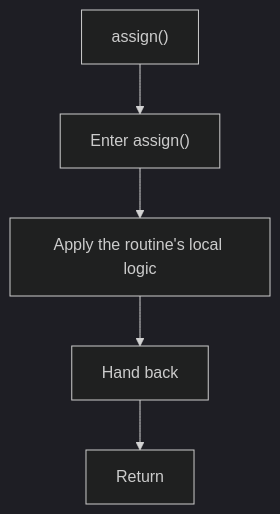
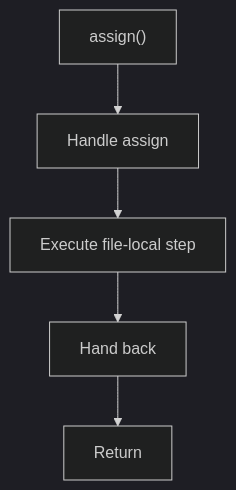
One commit to JohnAndrewBalbarosa/NeoTerritory changed the seventh of 7 diagrams in docs/Codebase/LegacyPatternTransformSamples/legacy_pattern_domain_models_sample.cpp.md. Above: the diagram before and after it, drawn with Mermaid (dark theme). The commit also changed other lines of this file and 925 other files, not shown here.

````diff
--- a/docs/Codebase/LegacyPatternTransformSamples/legacy_pattern_domain_models_sample.cpp.md
+++ b/docs/Codebase/LegacyPatternTransformSamples/legacy_pattern_domain_models_sample.cpp.md
@@ -180,12 +179,12 @@
 ```mermaid
 flowchart TD
     Start["assign()"]
-    N0["Enter assign()"]
-    N1["Apply the routine's local logic"]
+    N0["Handle assign"]
+    N1["Execute file-local step"]
     N2["Hand back"]
     End["Return"]
     Start --> N0
     N0 --> N1
     N1 --> N2
     N2 --> End
 ```
````
